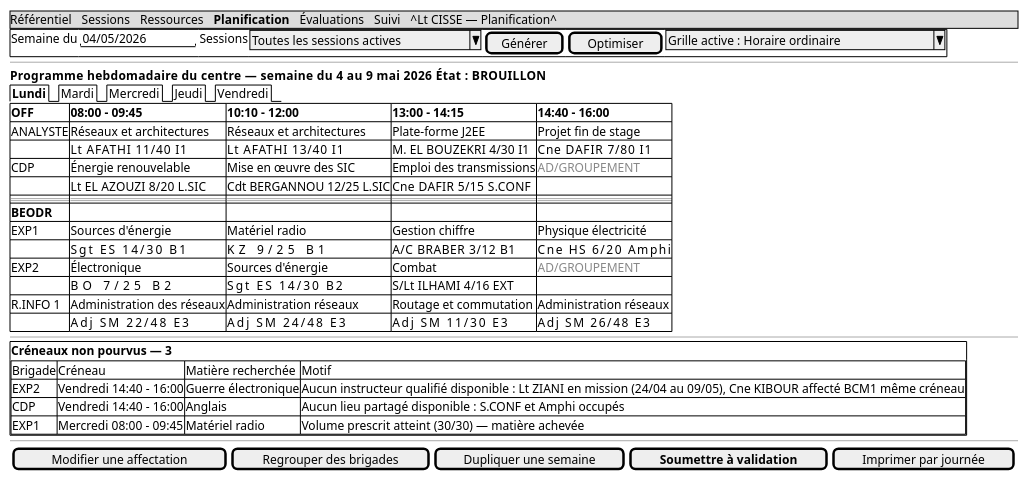
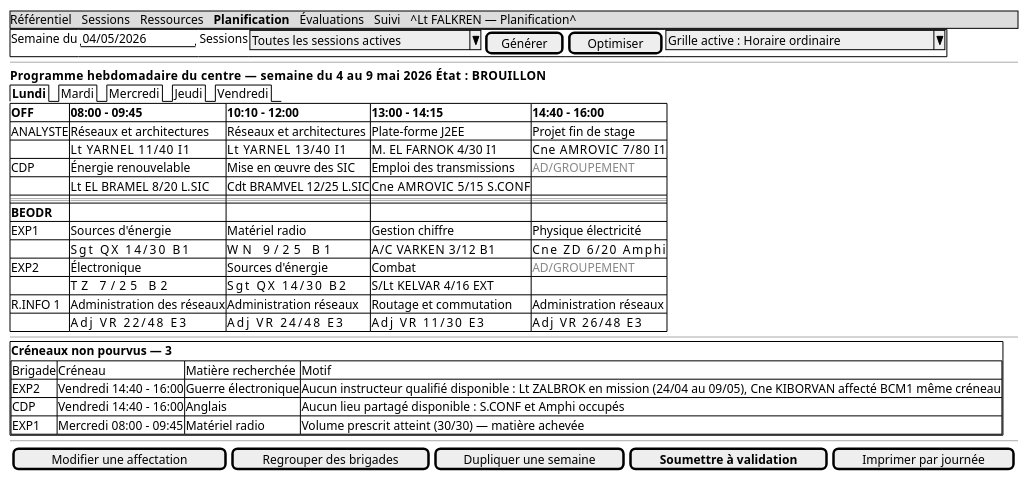
The first of 5 diagrams in docs/conception/16-maquettes.md (Cissemamoudou10/projet-cit), drawn with PlantUML before and after one commit. The commit also changed other lines of this file and 13 other files, not shown here.

````diff
--- a/docs/conception/16-maquettes.md
+++ b/docs/conception/16-maquettes.md
@@ -49,42 +49,42 @@
 ```plantuml
 @startsalt MAQ-01
 {
-{* Référentiel | Sessions | Ressources | <b>Planification</b> | Évaluations | Suivi | ^Lt CISSE — Planification^ }
+{* Référentiel | Sessions | Ressources | <b>Planification</b> | Évaluations | Suivi | ^Lt FALKREN — Planification^ }
 {+
   Semaine du | "04/05/2026    " | Sessions | ^Toutes les sessions actives^ | [ Générer ] | [ Optimiser ] | ^Grille active : Horaire ordinaire^
 }
 --
 <b>Programme hebdomadaire du centre — semaine du 4 au 9 mai 2026        État : BROUILLON</b>
 {/ <b>Lundi</b> | Mardi | Mercredi | Jeudi | Vendredi }
 {#
  <b>OFF</b>              | <b>08:00 - 09:45</b>          | <b>10:10 - 12:00</b>         | <b>13:00 - 14:15</b>        | <b>14:40 - 16:00</b>
  ANALYSTE            | Réseaux et architectures  | Réseaux et architectures | Plate-forme J2EE        | Projet fin de stage
- .                   | Lt AFATHI   11/40   I1    | Lt AFATHI   13/40   I1   | M. EL BOUZEKRI  4/30 I1 | Cne DAFIR   7/80   I1
+ .                   | Lt YARNEL   11/40   I1    | Lt YARNEL   13/40   I1   | M. EL FARNOK  4/30 I1 | Cne AMROVIC   7/80   I1
  CDP                 | Énergie renouvelable      | Mise en œuvre des SIC    | Emploi des transmissions| <color:#888>AD/GROUPEMENT</color>
- .                   | Lt EL AZOUZI 8/20  L.SIC  | Cdt BERGANNOU 12/25 L.SIC| Cne DAFIR  5/15  S.CONF | .
+ .                   | Lt EL BRAMEL 8/20  L.SIC  | Cdt BRAMVEL 12/25 L.SIC| Cne AMROVIC  5/15  S.CONF | .
  ==                  | ==                        | ==                       | ==                      | ==
  <b>BEODR</b>            | .                         | .                        | .                       | .
  EXP1                | Sources d'énergie         | Matériel radio           | Gestion chiffre         | Physique électricité
- .                   | Sgt ES        14/30   B1    | KZ          9/25    B1   | A/C BRABER  3/12   B1   | Cne HS       6/20   Amphi
+ .                   | Sgt QX        14/30   B1    | WN          9/25    B1   | A/C VARKEN  3/12   B1   | Cne ZD       6/20   Amphi
  EXP2                | Électronique              | Sources d'énergie        | Combat                  | <color:#888>AD/GROUPEMENT</color>
- .                   | BO          7/25    B2    | Sgt ES       14/30    B2   | S/Lt ILHAMI 4/16  EXT   | .
+ .                   | TZ          7/25    B2    | Sgt QX       14/30    B2   | S/Lt KELVAR 4/16  EXT   | .
  R.INFO 1            | Administration des réseaux| Administration réseaux   | Routage et commutation  | Administration réseaux
- .                   | Adj SM       22/48    E3    | Adj SM       24/48    E3   | Adj SM       11/30   E3   | Adj SM      26/48   E3
+ .                   | Adj VR       22/48    E3    | Adj VR       24/48    E3   | Adj VR       11/30   E3   | Adj VR      26/48   E3
 }
 --
 {+
   <b>Créneaux non pourvus — 3</b>
   {#
    Brigade | Créneau | Matière recherchée | Motif
-   EXP2 | Vendredi 14:40 - 16:00 | Guerre électronique | Aucun instructeur qualifié disponible : Lt ZIANI en mission (24/04 au 09/05), Cne KIBOUR affecté BCM1 même créneau
+   EXP2 | Vendredi 14:40 - 16:00 | Guerre électronique | Aucun instructeur qualifié disponible : Lt ZALBROK en mission (24/04 au 09/05), Cne KIBORVAN affecté BCM1 même créneau
    CDP  | Vendredi 14:40 - 16:00 | Anglais | Aucun lieu partagé disponible : S.CONF et Amphi occupés
    EXP1 | Mercredi 08:00 - 09:45 | Matériel radio | Volume prescrit atteint (30/30) — matière achevée
   }
 }
 --
 {
   [ Modifier une affectation ] | [ Regrouper des brigades ] | [ Dupliquer une semaine ] | [ <b>Soumettre à validation</b> ] | [ Imprimer par journée ]
 }
 }
 @endsalt
 ```
````
